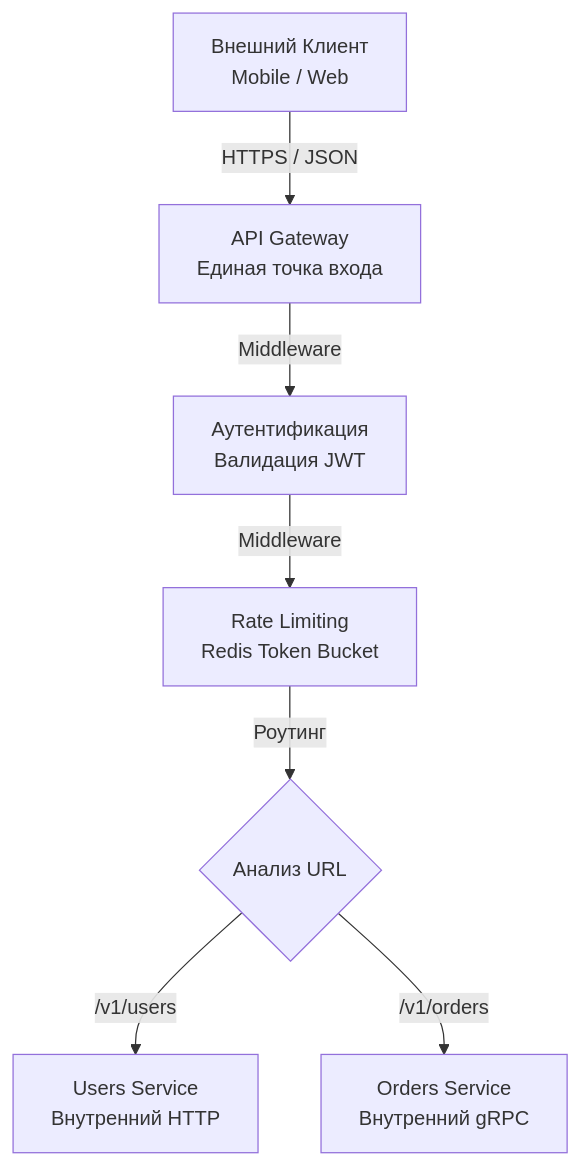
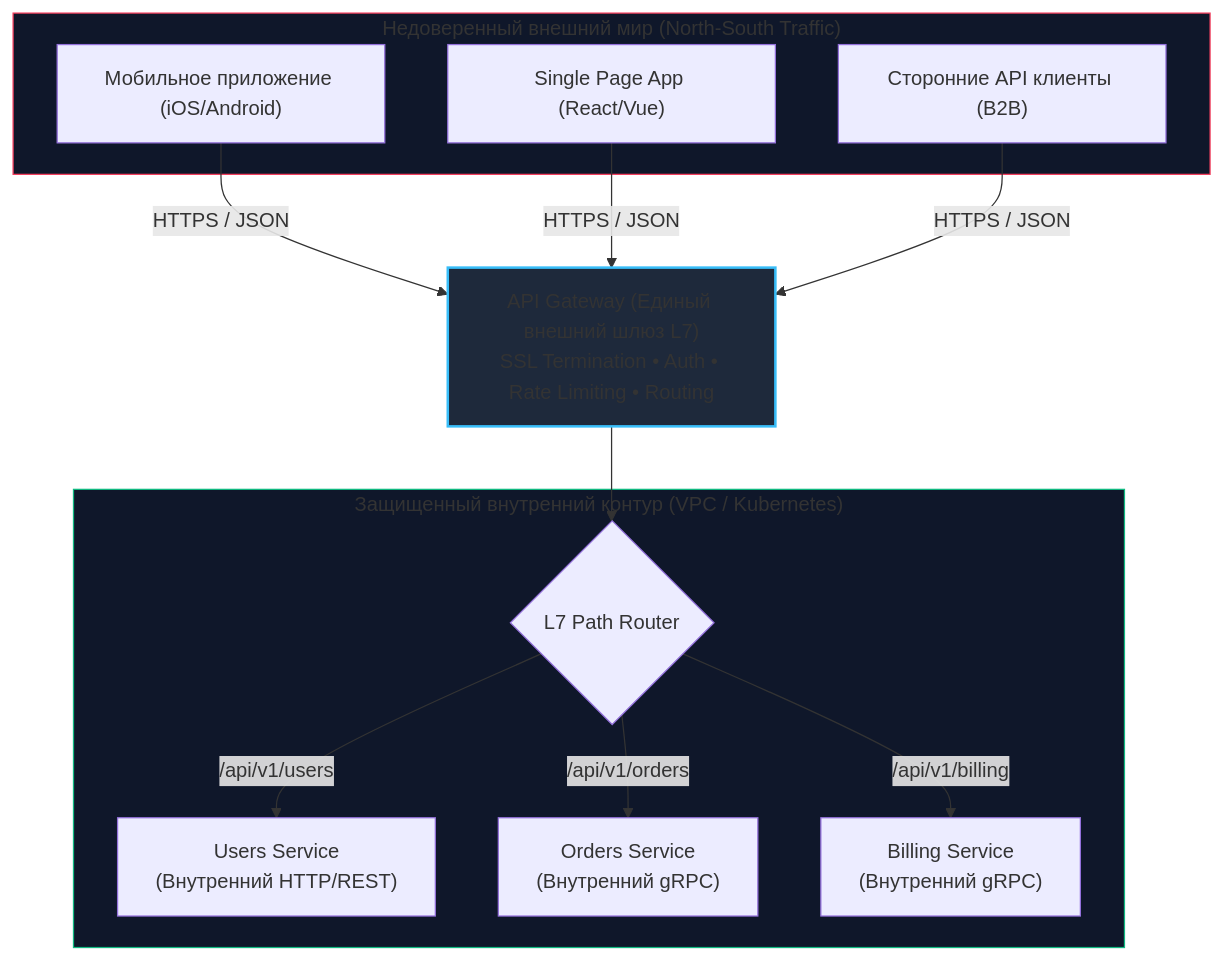
One commit to UnrealTemplier/go-textbook changed the first of 2 diagrams in sources/10. Проектирование API и Сетевые протоколы/25. API Gateway.md. Above: the diagram before and after it, drawn with Mermaid. The commit also changed other lines of this file, not shown here.

````diff
--- a/sources/10. Проектирование API и Сетевые протоколы/25. API Gateway.md
+++ b/sources/10. Проектирование API и Сетевые протоколы/25. API Gateway.md
@@ -22,11 +28,30 @@
 ```mermaid
 flowchart TD
-    Client["Внешний Клиент<br>Mobile / Web"] -->|"HTTPS / JSON"| Gateway["API Gateway<br>Единая точка входа"]
-    
-    Gateway -->|"Middleware"| Auth["Аутентификация<br>Валидация JWT"]
-    Auth -->|"Middleware"| RL["Rate Limiting<br>Redis Token Bucket"]
-    RL -->|"Роутинг"| Router{"Анализ URL"}
-    
-    Router -->|/v1/users| Users["Users Service<br>Внутренний HTTP"]
-    Router -->|/v1/orders| Orders["Orders Service<br>Внутренний gRPC"]
+    subgraph External ["Недоверенный внешний мир (North-South Traffic)"]
+        Client1["Мобильное приложение (iOS/Android)"]
+        Client2["Single Page App (React/Vue)"]
+        Client3["Сторонние API клиенты (B2B)"]
+    end
+
+    Gateway["API Gateway (Единый внешний шлюз L7)<br>SSL Termination • Auth • Rate Limiting • Routing"]
+
+    subgraph Internal ["Защищенный внутренний контур (VPC / Kubernetes)"]
+        Router{"L7 Path Router"}
+        Users["Users Service<br>(Внутренний HTTP/REST)"]
+        Orders["Orders Service<br>(Внутренний gRPC)"]
+        Billing["Billing Service<br>(Внутренний gRPC)"]
+    end
+
+    Client1 -->|"HTTPS / JSON"| Gateway
+    Client2 -->|"HTTPS / JSON"| Gateway
+    Client3 -->|"HTTPS / JSON"| Gateway
+
+    Gateway --> Router
+    Router -->|"/api/v1/users"| Users
+    Router -->|"/api/v1/orders"| Orders
+    Router -->|"/api/v1/billing"| Billing
+
+    style Gateway fill:#1e293b,stroke:#38bdf8,stroke-width:2px
+    style External fill:#0f172a,stroke:#f43f5e,stroke-width:1px
+    style Internal fill:#0f172a,stroke:#10b981,stroke-width:1px
 ```
````
